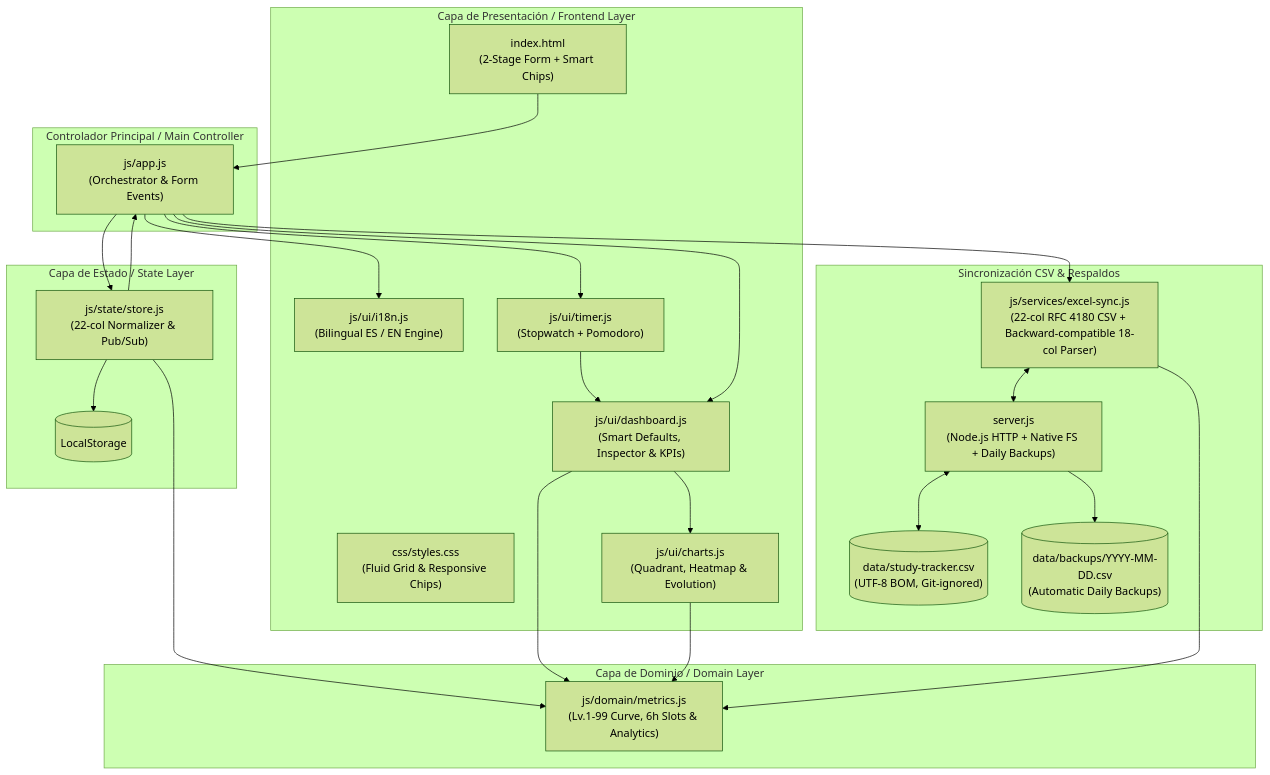
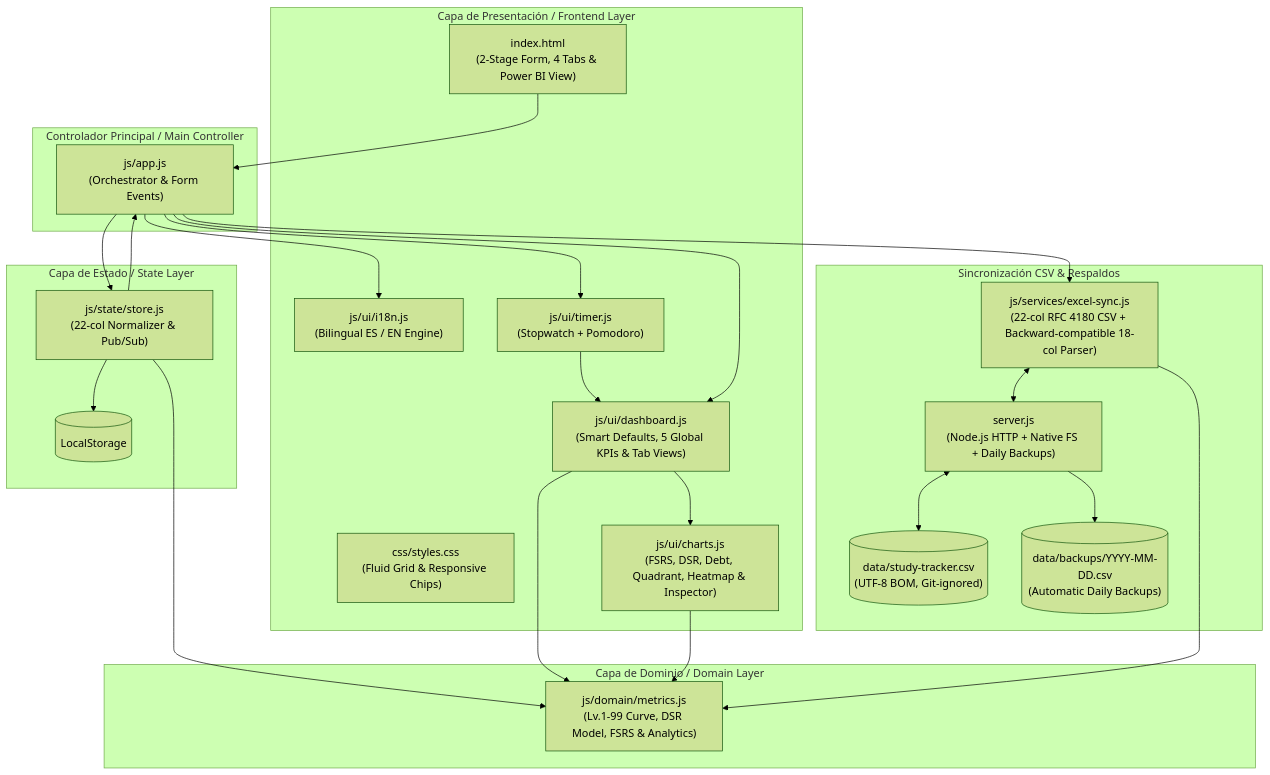
Before and after one commit to carloamezcua/study-tracker: the diagram in README.md, drawn with Mermaid (forest theme). The commit also changed other lines of this file, not shown here.

First line of the commit message:
docs(readme): actualizar documentacion con arquitectura analitica v3.2 y visualizaciones FSRS/DSR

````diff
--- a/README.md
+++ b/README.md
@@ -81,49 +87,49 @@
 ```mermaid
 flowchart TD
     subgraph UI["Capa de Presentación / Frontend Layer"]
-        HTML["index.html\n(2-Stage Form + Smart Chips)"]
+        HTML["index.html\n(2-Stage Form, 4 Tabs & Power BI View)"]
         CSS["css/styles.css\n(Fluid Grid & Responsive Chips)"]
         I18N["js/ui/i18n.js\n(Bilingual ES / EN Engine)"]
         TIMER["js/ui/timer.js\n(Stopwatch + Pomodoro)"]
-        DASH["js/ui/dashboard.js\n(Smart Defaults, Inspector & KPIs)"]
-        CHARTS["js/ui/charts.js\n(Quadrant, Heatmap & Evolution)"]
+        DASH["js/ui/dashboard.js\n(Smart Defaults, 5 Global KPIs & Tab Views)"]
+        CHARTS["js/ui/charts.js\n(FSRS, DSR, Debt, Quadrant, Heatmap & Inspector)"]
     end
 
     subgraph Controller["Controlador Principal / Main Controller"]
         APP["js/app.js\n(Orchestrator & Form Events)"]
     end
 
     subgraph State["Capa de Estado / State Layer"]
         STORE["js/state/store.js\n(22-col Normalizer & Pub/Sub)"]
         LS[("LocalStorage")]
     end
 
     subgraph Domain["Capa de Dominio / Domain Layer"]
-        METRICS["js/domain/metrics.js\n(Lv.1-99 Curve, 6h Slots & Analytics)"]
+        METRICS["js/domain/metrics.js\n(Lv.1-99 Curve, DSR Model, FSRS & Analytics)"]
     end
 
     subgraph Sync["Sincronización CSV & Respaldos"]
         SYNC["js/services/excel-sync.js\n(22-col RFC 4180 CSV + Backward-compatible 18-col Parser)"]
         SERVER["server.js\n(Node.js HTTP + Native FS + Daily Backups)"]
         CSV[("data/study-tracker.csv\n(UTF-8 BOM, Git-ignored)")]
         BACKUPS[("data/backups/YYYY-MM-DD.csv\n(Automatic Daily Backups)")]
     end
 
     HTML --> APP
     APP --> I18N
     APP --> TIMER
     TIMER --> DASH
     APP --> STORE
     STORE --> LS
     STORE --> APP
     APP --> DASH
     DASH --> CHARTS
     APP --> SYNC
     SYNC <--> SERVER
     SERVER <--> CSV
     SERVER --> BACKUPS
     STORE --> METRICS
     DASH --> METRICS
     CHARTS --> METRICS
     SYNC --> METRICS
 ```
````
